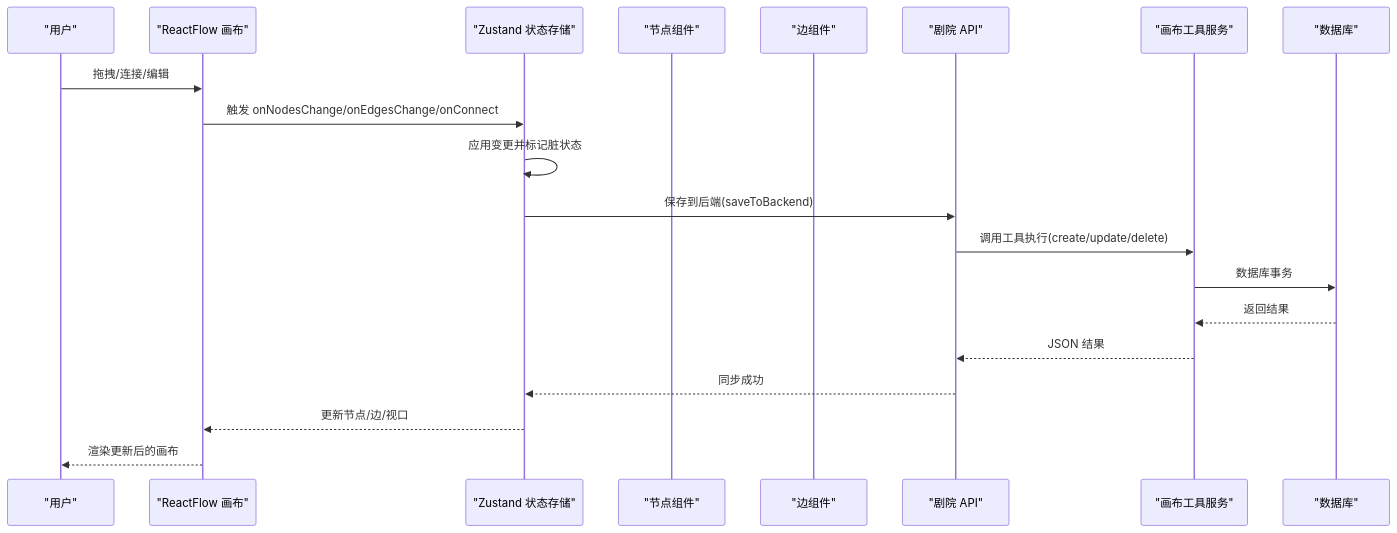
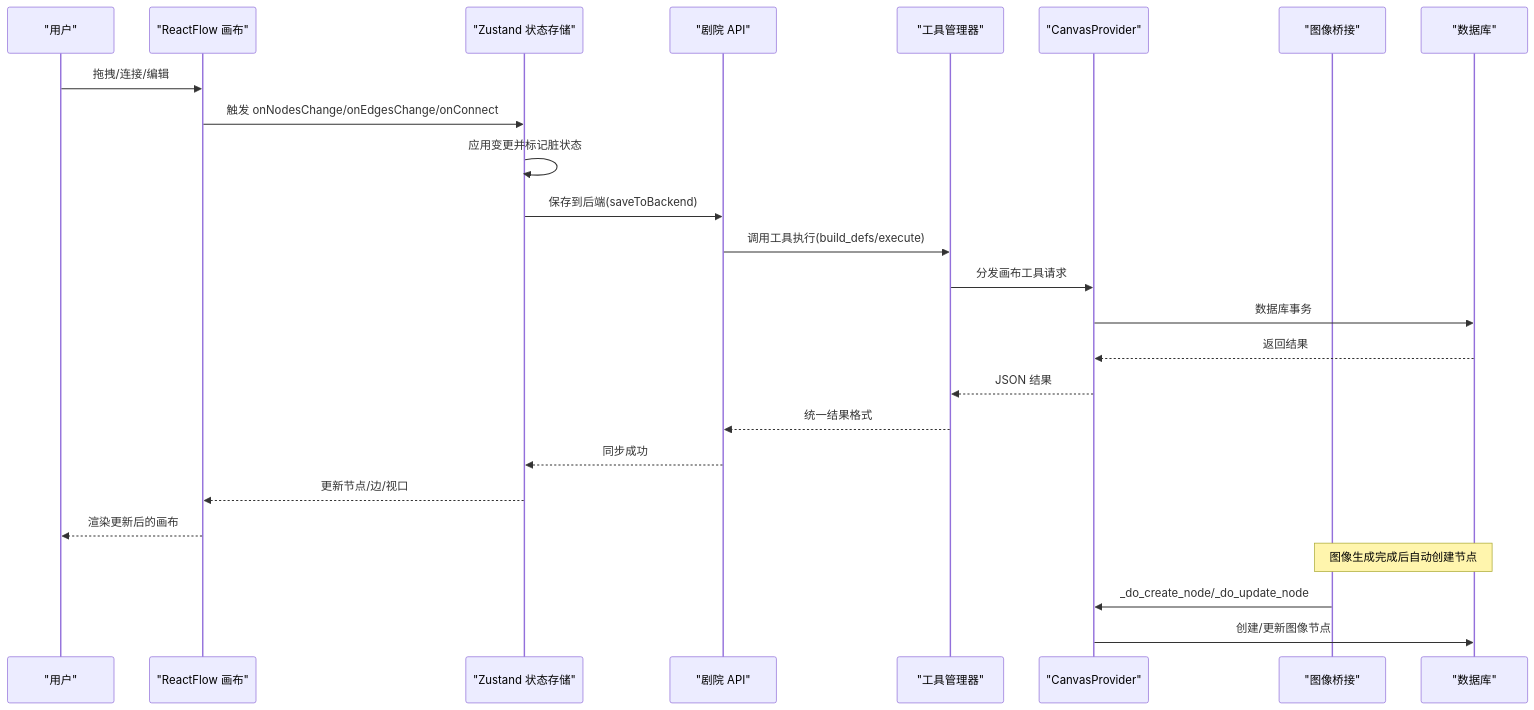
The second of 9 diagrams in .qoder/repowiki/zh/content/后端服务架构/业务服务层/智能体执行服务/画布工具集成.md (KunLabAI/KunFlix), drawn with Mermaid before and after one commit. The commit also changed other lines of this file and 15 other files, not shown here.

````diff
--- a/.qoder/repowiki/zh/content/后端服务架构/业务服务层/智能体执行服务/画布工具集成.md
+++ b/.qoder/repowiki/zh/content/后端服务架构/业务服务层/智能体执行服务/画布工具集成.md
@@ -105,22 +125,27 @@
 ```mermaid
 sequenceDiagram
 participant U as "用户"
 participant RF as "ReactFlow 画布"
 participant Store as "Zustand 状态存储"
-participant Node as "节点组件"
-participant Edge as "边组件"
 participant API as "剧院 API"
-participant Tools as "画布工具服务"
+participant TM as "工具管理器"
+participant CP as "CanvasProvider"
+participant ICB as "图像桥接"
 participant DB as "数据库"
 U->>RF : 拖拽/连接/编辑
 RF->>Store : 触发 onNodesChange/onEdgesChange/onConnect
 Store->>Store : 应用变更并标记脏状态
 Store->>API : 保存到后端(saveToBackend)
-API->>Tools : 调用工具执行(create/update/delete)
-Tools->>DB : 数据库事务
-DB-->>Tools : 返回结果
-Tools-->>API : JSON 结果
+API->>TM : 调用工具执行(build_defs/execute)
+TM->>CP : 分发画布工具请求
+CP->>DB : 数据库事务
+DB-->>CP : 返回结果
+CP-->>TM : JSON 结果
+TM-->>API : 统一结果格式
 API-->>Store : 同步成功
 Store-->>RF : 更新节点/边/视口
 RF-->>U : 渲染更新后的画布
+Note over ICB,DB : 图像生成完成后自动创建节点
+ICB->>CP : _do_create_node/_do_update_node
+CP->>DB : 创建/更新图像节点
 ```
````
